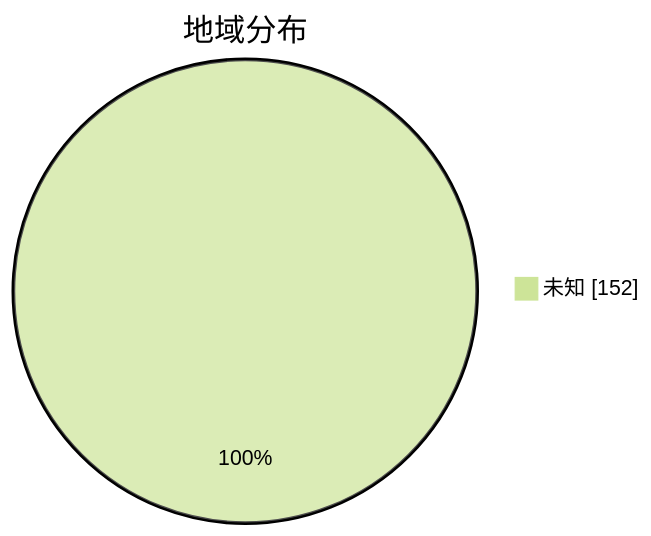
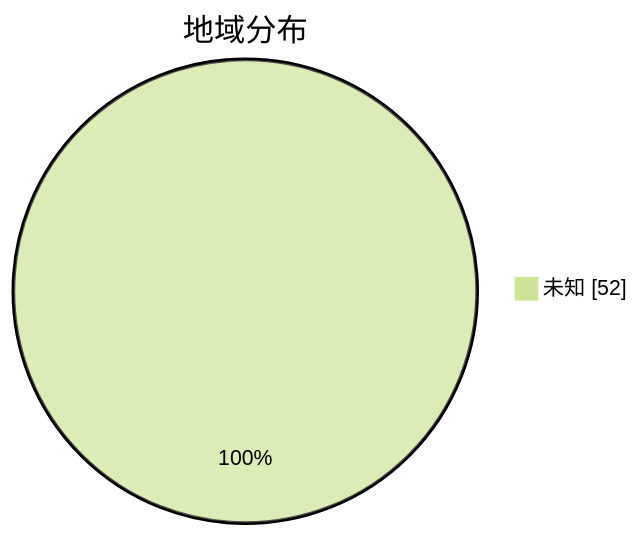
One commit to qjlxg/airport changed the second of 3 diagrams in subs/statistics/tested_within.md. Above: the diagram before and after it, drawn with Mermaid (forest theme). The commit also changed other lines of this file and 2 other files, not shown here.

````diff
--- a/subs/statistics/tested_within.md
+++ b/subs/statistics/tested_within.md
@@ -11,5 +10,5 @@
 ```mermaid
 pie showData
 title 地域分布
-"未知" : 152
+"未知" : 52
 ```
````
